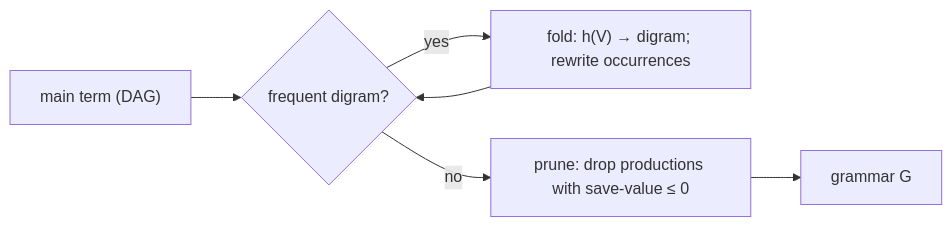
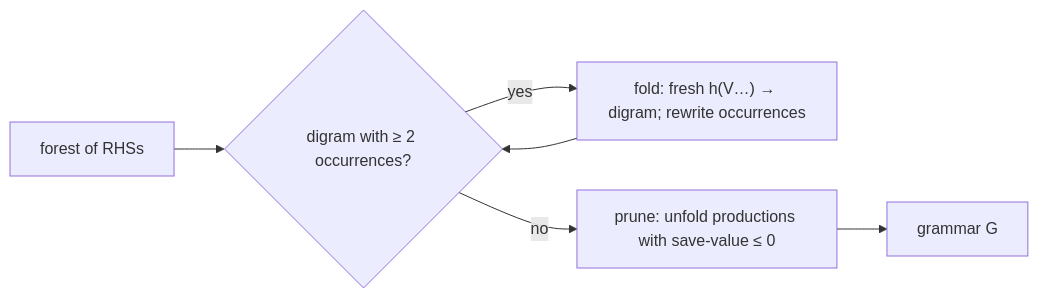
One commit to zoux89/mini-logic changed the third of 4 diagrams in README.md. Above: the diagram before and after it, drawn with Mermaid. The commit also changed other lines of this file and 3 other files, not shown here.

````diff
--- a/README.md
+++ b/README.md
@@ -95,8 +100,8 @@
 ```mermaid
 flowchart LR
-  T["main term (DAG)"] --> R{"frequent digram?"}
-  R -->|yes| F["fold: h(V) → digram; rewrite occurrences"]
+  T["forest of RHSs"] --> R{"digram with ≥ 2 occurrences?"}
+  R -->|yes| F["fold: fresh h(V…) → digram; rewrite occurrences"]
   F --> R
-  R -->|no| P["prune: drop productions with save-value ≤ 0"]
+  R -->|no| P["prune: unfold productions with save-value ≤ 0"]
   P --> G["grammar G"]
 ```
````
